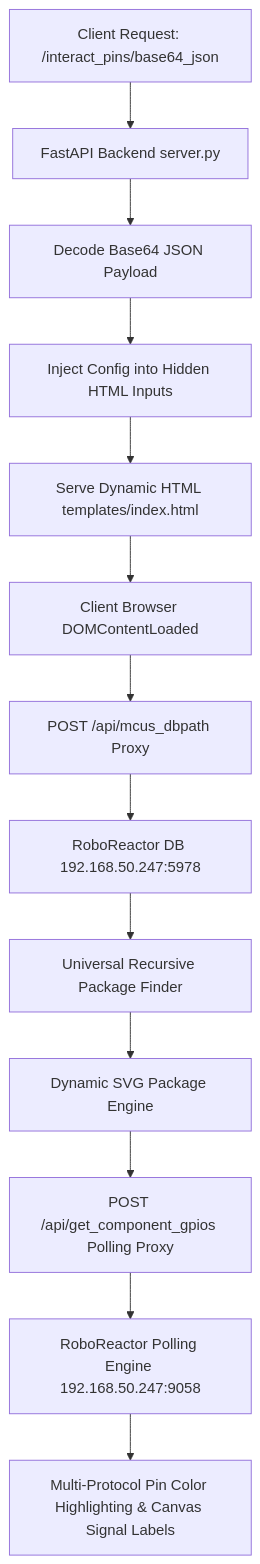
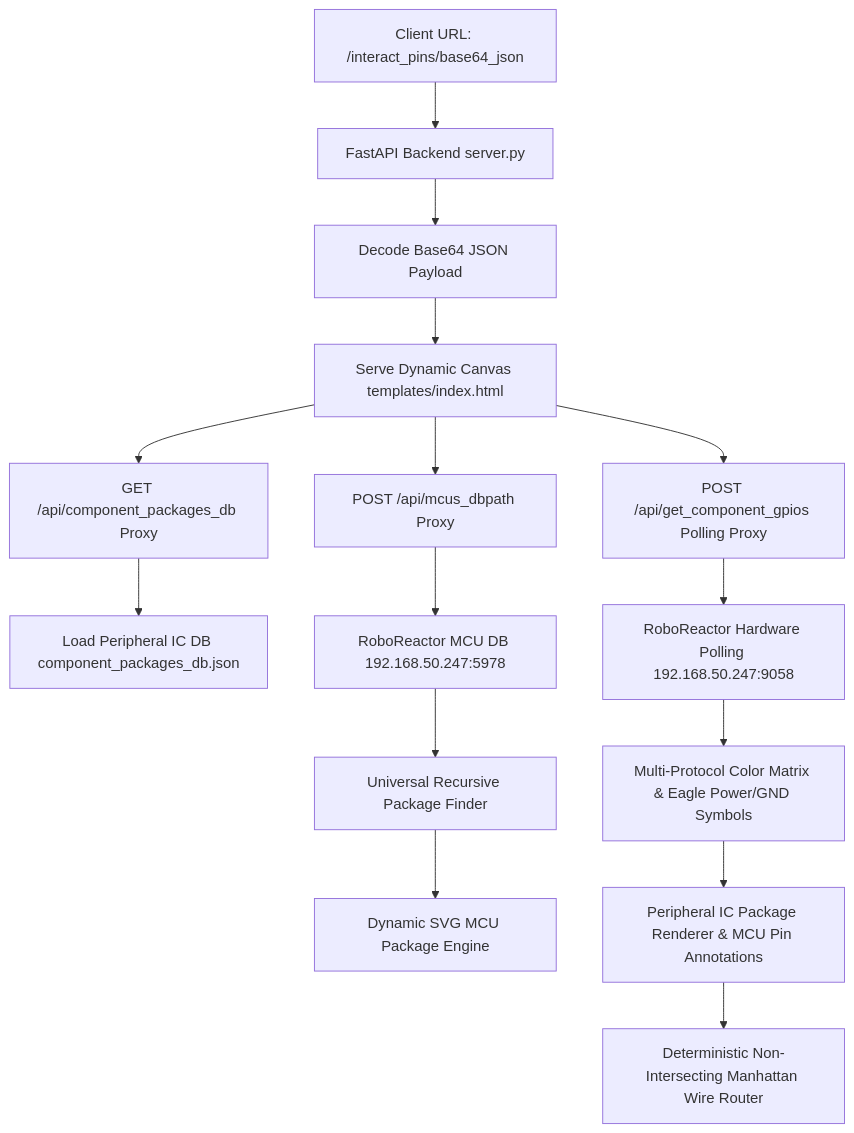
The diagram in README.md (KornbotDevUltimatorKraton/Microcontroller-selected-display-dynmic-packages-from-input), drawn with Mermaid before and after one commit. The commit also changed other lines of this file and 2 other files, not shown here.

````diff
--- a/README.md
+++ b/README.md
@@ -9,15 +9,17 @@
 ```mermaid
 flowchart TD
-    A[Client Request: /interact_pins/base64_json] --> B[FastAPI Backend server.py]
+    A[Client URL: /interact_pins/base64_json] --> B[FastAPI Backend server.py]
     B --> C[Decode Base64 JSON Payload]
-    C --> D[Inject Config into Hidden HTML Inputs]
-    D --> E[Serve Dynamic HTML templates/index.html]
-    E --> F[Client Browser DOMContentLoaded]
-    F --> G[POST /api/mcus_dbpath Proxy]
-    G --> H[RoboReactor DB 192.168.50.247:5978]
+    C --> D[Serve Dynamic Canvas templates/index.html]
+    D --> E[GET /api/component_packages_db Proxy]
+    E --> F[Load Peripheral IC DB component_packages_db.json]
+    D --> G[POST /api/mcus_dbpath Proxy]
+    G --> H[RoboReactor MCU DB 192.168.50.247:5978]
     H --> I[Universal Recursive Package Finder]
-    I --> J[Dynamic SVG Package Engine]
-    J --> K[POST /api/get_component_gpios Polling Proxy]
-    K --> L[RoboReactor Polling Engine 192.168.50.247:9058]
-    L --> M[Multi-Protocol Pin Color Highlighting & Canvas Signal Labels]
+    I --> J[Dynamic SVG MCU Package Engine]
+    D --> K[POST /api/get_component_gpios Polling Proxy]
+    K --> L[RoboReactor Hardware Polling 192.168.50.247:9058]
+    L --> M[Multi-Protocol Color Matrix & Eagle Power/GND Symbols]
+    M --> N[Peripheral IC Package Renderer & MCU Pin Annotations]
+    N --> O[Deterministic Non-Intersecting Manhattan Wire Router]
 ```
````
